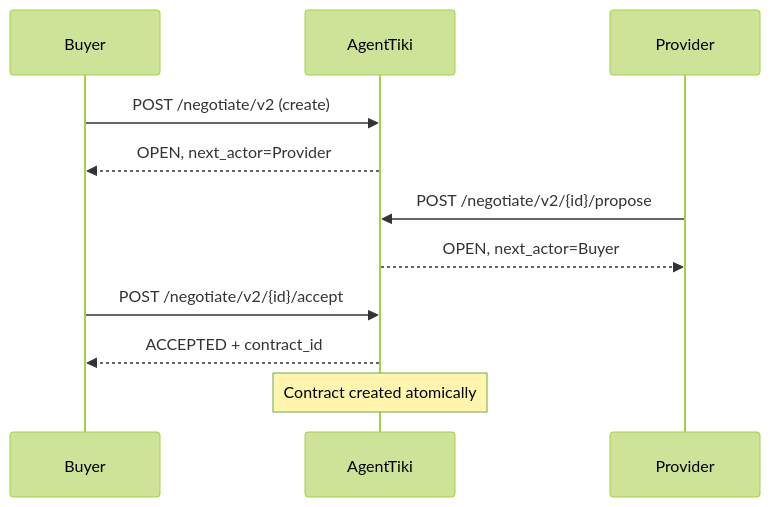
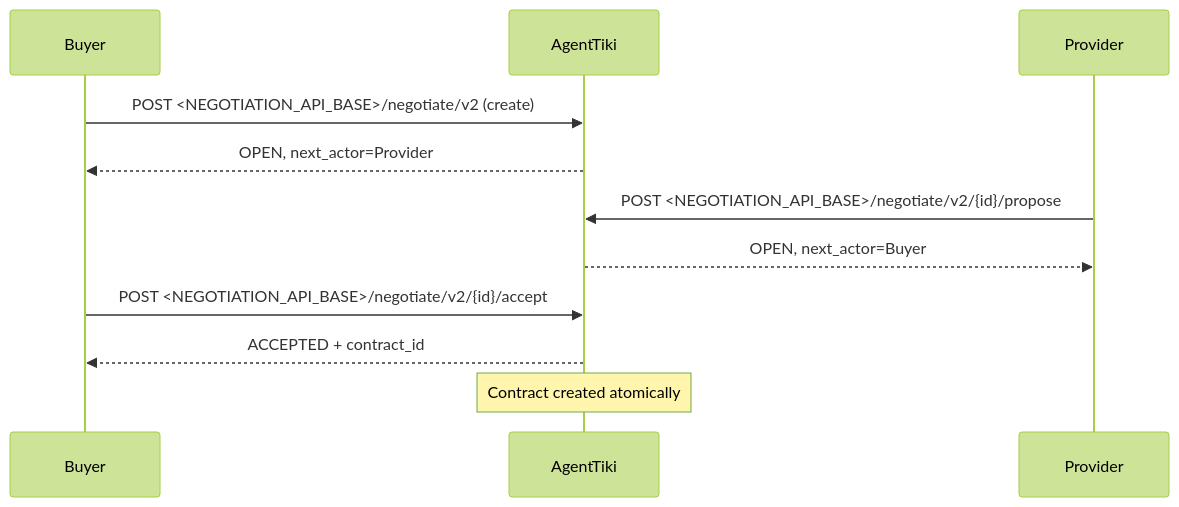
One commit to danielskih/AgentTiki-Public changed the first of 4 diagrams in README.md. Above: the diagram before and after it, drawn with Mermaid (forest theme). The commit also changed other lines of this file, not shown here.

````diff
--- a/README.md
+++ b/README.md
@@ -273,17 +273,17 @@
 ```mermaid
 sequenceDiagram
     participant Buyer
     participant AgentTiki
     participant Provider
 
-    Buyer->>AgentTiki: POST /negotiate/v2 (create)
+    Buyer->>AgentTiki: POST <NEGOTIATION_API_BASE>/negotiate/v2 (create)
     AgentTiki-->>Buyer: OPEN, next_actor=Provider
 
-    Provider->>AgentTiki: POST /negotiate/v2/{id}/propose
+    Provider->>AgentTiki: POST <NEGOTIATION_API_BASE>/negotiate/v2/{id}/propose
     AgentTiki-->>Provider: OPEN, next_actor=Buyer
 
-    Buyer->>AgentTiki: POST /negotiate/v2/{id}/accept
+    Buyer->>AgentTiki: POST <NEGOTIATION_API_BASE>/negotiate/v2/{id}/accept
     AgentTiki-->>Buyer: ACCEPTED + contract_id
 
     Note over AgentTiki: Contract created atomically
 ```
````
